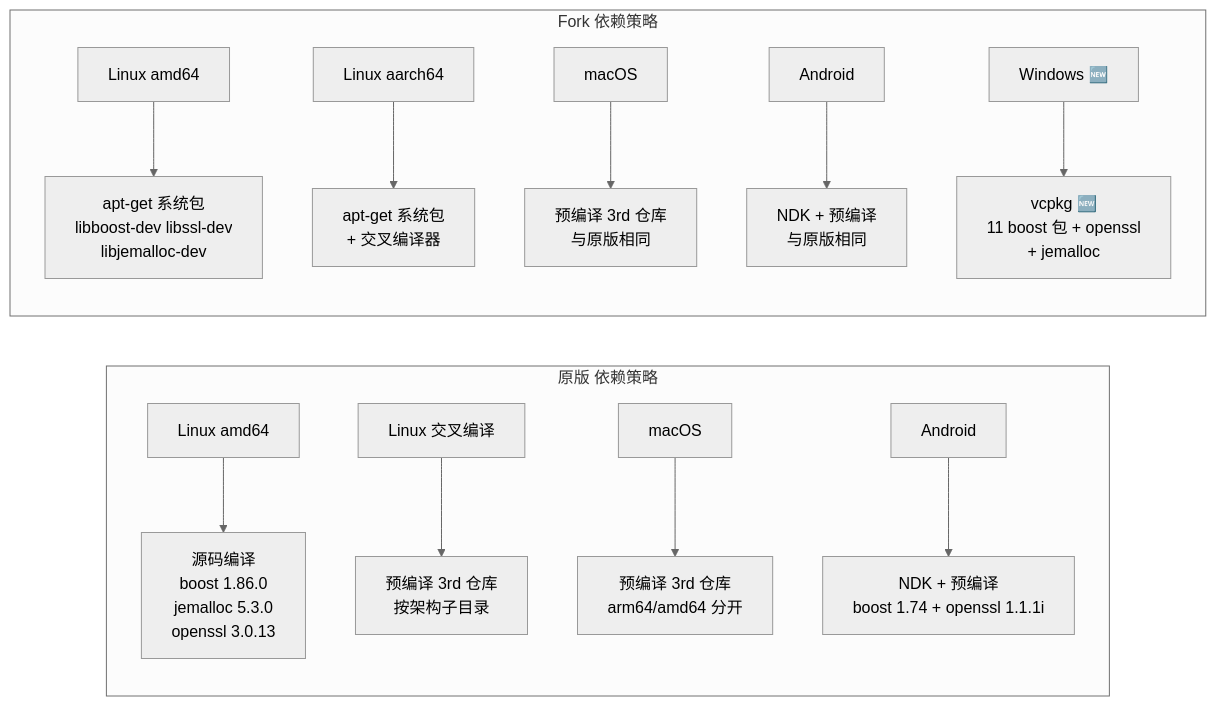
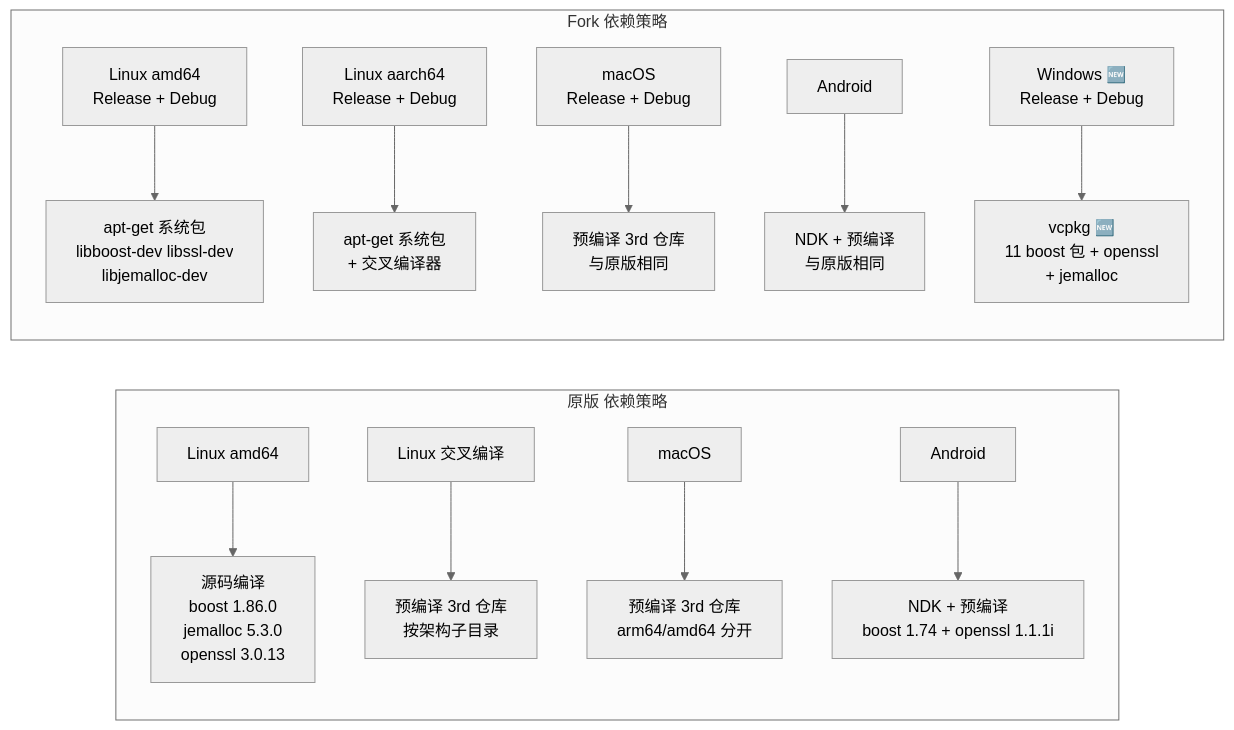
The second of 2 diagrams in 迭代文档_原版vsFork对比.md (picetor/openppp2), drawn with Mermaid (neutral theme) before and after one commit. The commit also changed other lines of this file and 2 other files, not shown here.

````diff
--- a/迭代文档_原版vsFork对比.md
+++ b/迭代文档_原版vsFork对比.md
@@ -615,17 +631,17 @@
 ```mermaid
 graph LR
     subgraph "原版 依赖策略"
         L1[Linux amd64] --> L2[源码编译<br/>boost 1.86.0<br/>jemalloc 5.3.0<br/>openssl 3.0.13]
         L3[Linux 交叉编译] --> L4[预编译 3rd 仓库<br/>按架构子目录]
         L5[macOS] --> L6[预编译 3rd 仓库<br/>arm64/amd64 分开]
         L7[Android] --> L8[NDK + 预编译<br/>boost 1.74 + openssl 1.1.1i]
     end
 
     subgraph "Fork 依赖策略"
-        P1[Linux amd64] --> P2[apt-get 系统包<br/>libboost-dev libssl-dev<br/>libjemalloc-dev]
-        P3[Linux aarch64] --> P4[apt-get 系统包<br/>+ 交叉编译器]
-        P5[macOS] --> P6[预编译 3rd 仓库<br/>与原版相同]
+        P1[Linux amd64<br/>Release + Debug] --> P2[apt-get 系统包<br/>libboost-dev libssl-dev<br/>libjemalloc-dev]
+        P3[Linux aarch64<br/>Release + Debug] --> P4[apt-get 系统包<br/>+ 交叉编译器]
+        P5[macOS<br/>Release + Debug] --> P6[预编译 3rd 仓库<br/>与原版相同]
         P7[Android] --> P8[NDK + 预编译<br/>与原版相同]
-        P9[Windows 🆕] --> P10[vcpkg 🆕<br/>11 boost 包 + openssl<br/>+ jemalloc]
+        P9[Windows 🆕<br/>Release + Debug] --> P10[vcpkg 🆕<br/>11 boost 包 + openssl<br/>+ jemalloc]
     end
 ```
````
